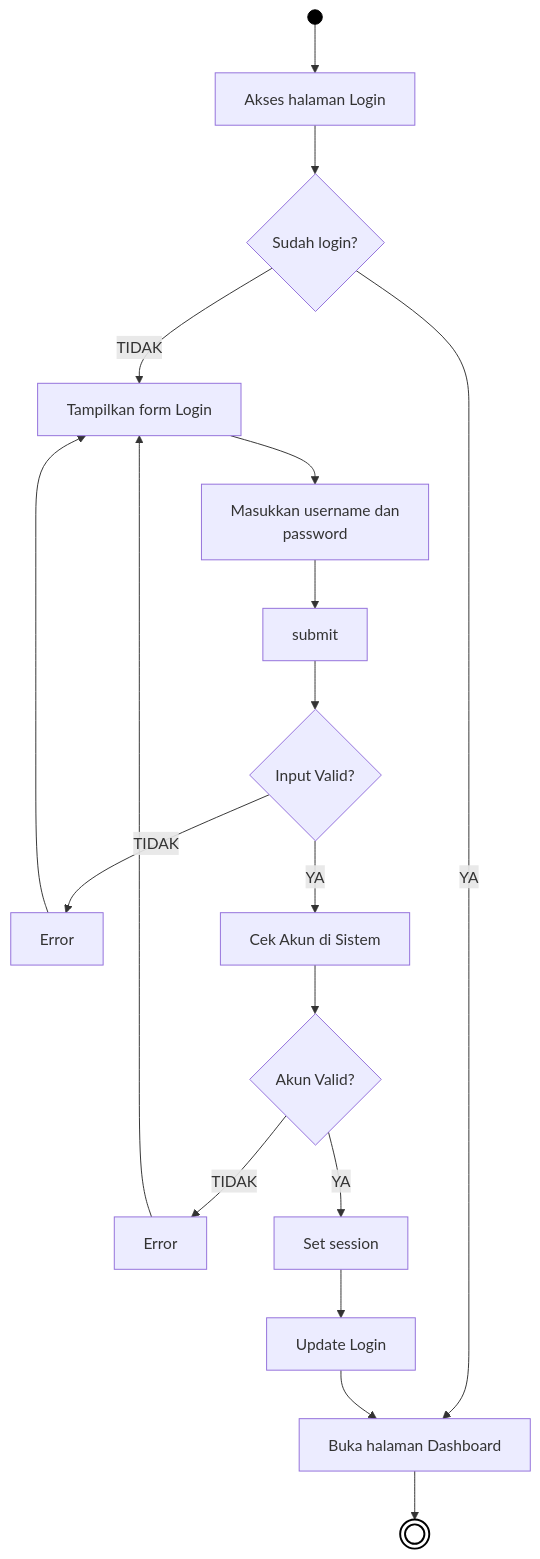
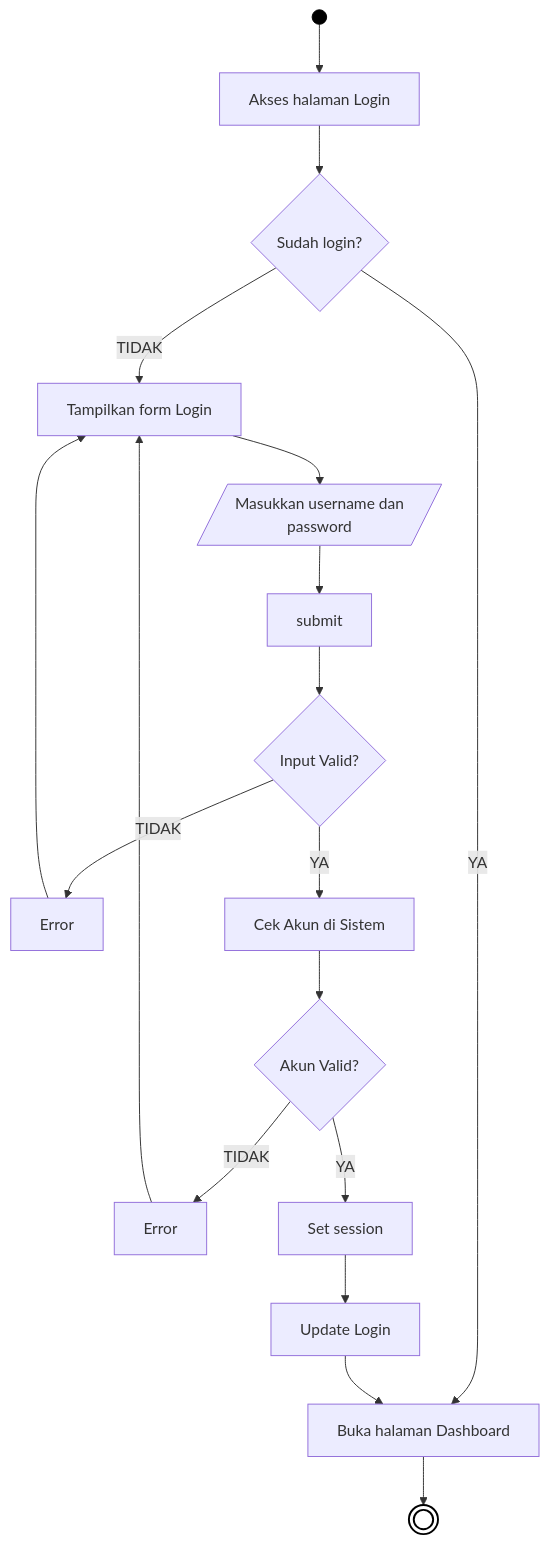
One commit to arbain-dev/Web_fikom changed the first of 21 diagrams in docs/01_DIAGRAM_AKTIVITAS.md. Above: the diagram before and after it, drawn with Mermaid. The commit also changed other lines of this file and 2 other files, not shown here.

Commit message:
docs: perbaiki bentuk IO pada flowchart

````diff
--- a/docs/01_DIAGRAM_AKTIVITAS.md
+++ b/docs/01_DIAGRAM_AKTIVITAS.md
@@ -12,29 +12,29 @@
 ```mermaid
 flowchart TD
     Start(( )) --> A[Akses halaman Login]
     A --> B{Sudah login?}
     
     B -- YA --> C[Buka halaman Dashboard]
     C --> End((( )))
     
     B -- TIDAK --> D[Tampilkan form Login]
-    D --> E[Masukkan username dan\npassword]
+    D --> E[/Masukkan username dan\npassword/]
     E --> F[submit]
     F --> G{Input Valid?}
     
     G -- TIDAK --> H[Error]
     H --> D
     
     G -- YA --> I[Cek Akun di Sistem]
     I --> J{Akun Valid?}
     
     J -- TIDAK --> K[Error]
     K --> D
     
     J -- YA --> L[Set session]
     L --> M[Update Login]
     M --> C
     
     style Start fill:#000,stroke:#000,color:#000
     style End fill:#fff,stroke:#000,stroke-width:2px
 ```
````
